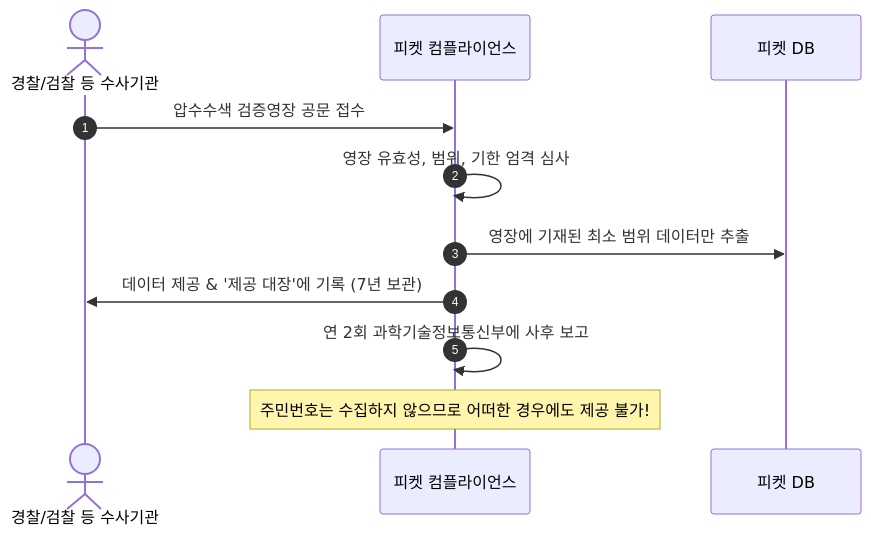
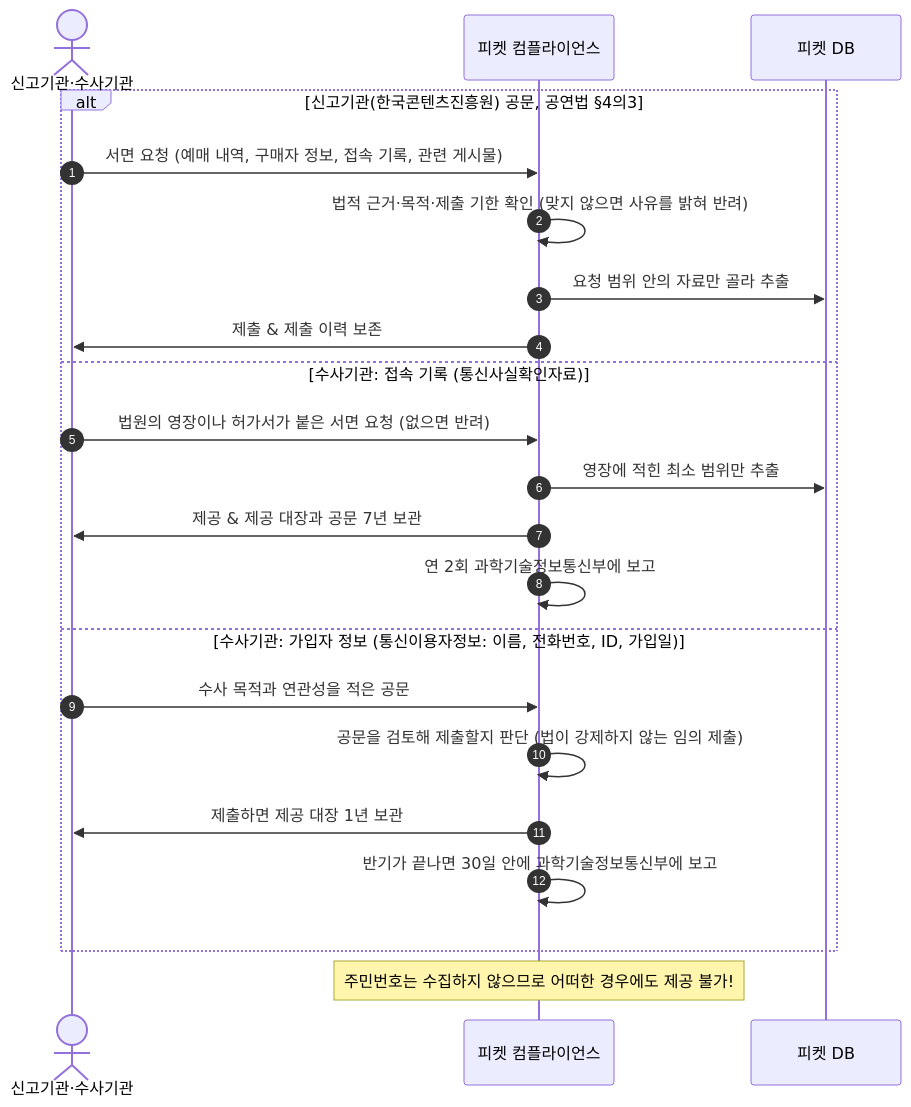
Before and after one commit to peaket/peaket: the second of 2 diagrams in guide/13-law-and-privacy.md, drawn with Mermaid. The commit also changed other lines of this file and 228 other files, not shown here.

````diff
--- a/guide/13-law-and-privacy.md
+++ b/guide/13-law-and-privacy.md
@@ -68,14 +70,25 @@
 ```mermaid
 sequenceDiagram
     autonumber
-    actor 수사기관 as 경찰/검찰 등 수사기관
+    actor 요청기관 as 신고기관·수사기관
     participant 법무팀 as 피켓 컴플라이언스
     participant DB as 피켓 DB
 
-    수사기관->>법무팀: 압수수색 검증영장 공문 접수
-    법무팀->>법무팀: 영장 유효성, 범위, 기한 엄격 심사
-    법무팀->>DB: 영장에 기재된 최소 범위 데이터만 추출
-    법무팀->>수사기관: 데이터 제공 & '제공 대장'에 기록 (7년 보관)
-    법무팀->>법무팀: 연 2회 과학기술정보통신부에 사후 보고
+    alt 신고기관(한국콘텐츠진흥원) 공문, 공연법 §4의3
+        요청기관->>법무팀: 서면 요청 (예매 내역, 구매자 정보, 접속 기록, 관련 게시물)
+        법무팀->>법무팀: 법적 근거·목적·제출 기한 확인 (맞지 않으면 사유를 밝혀 반려)
+        법무팀->>DB: 요청 범위 안의 자료만 골라 추출
+        법무팀->>요청기관: 제출 & 제출 이력 보존
+    else 수사기관: 접속 기록 (통신사실확인자료)
+        요청기관->>법무팀: 법원의 영장이나 허가서가 붙은 서면 요청 (없으면 반려)
+        법무팀->>DB: 영장에 적힌 최소 범위만 추출
+        법무팀->>요청기관: 제공 & 제공 대장과 공문 7년 보관
+        법무팀->>법무팀: 연 2회 과학기술정보통신부에 보고
+    else 수사기관: 가입자 정보 (통신이용자정보: 이름, 전화번호, ID, 가입일)
+        요청기관->>법무팀: 수사 목적과 연관성을 적은 공문
+        법무팀->>법무팀: 공문을 검토해 제출할지 판단 (법이 강제하지 않는 임의 제출)
+        법무팀->>요청기관: 제출하면 제공 대장 1년 보관
+        법무팀->>법무팀: 반기가 끝나면 30일 안에 과학기술정보통신부에 보고
+    end
     Note over 법무팀: 주민번호는 수집하지 않으므로 어떠한 경우에도 제공 불가!
 ```
````
